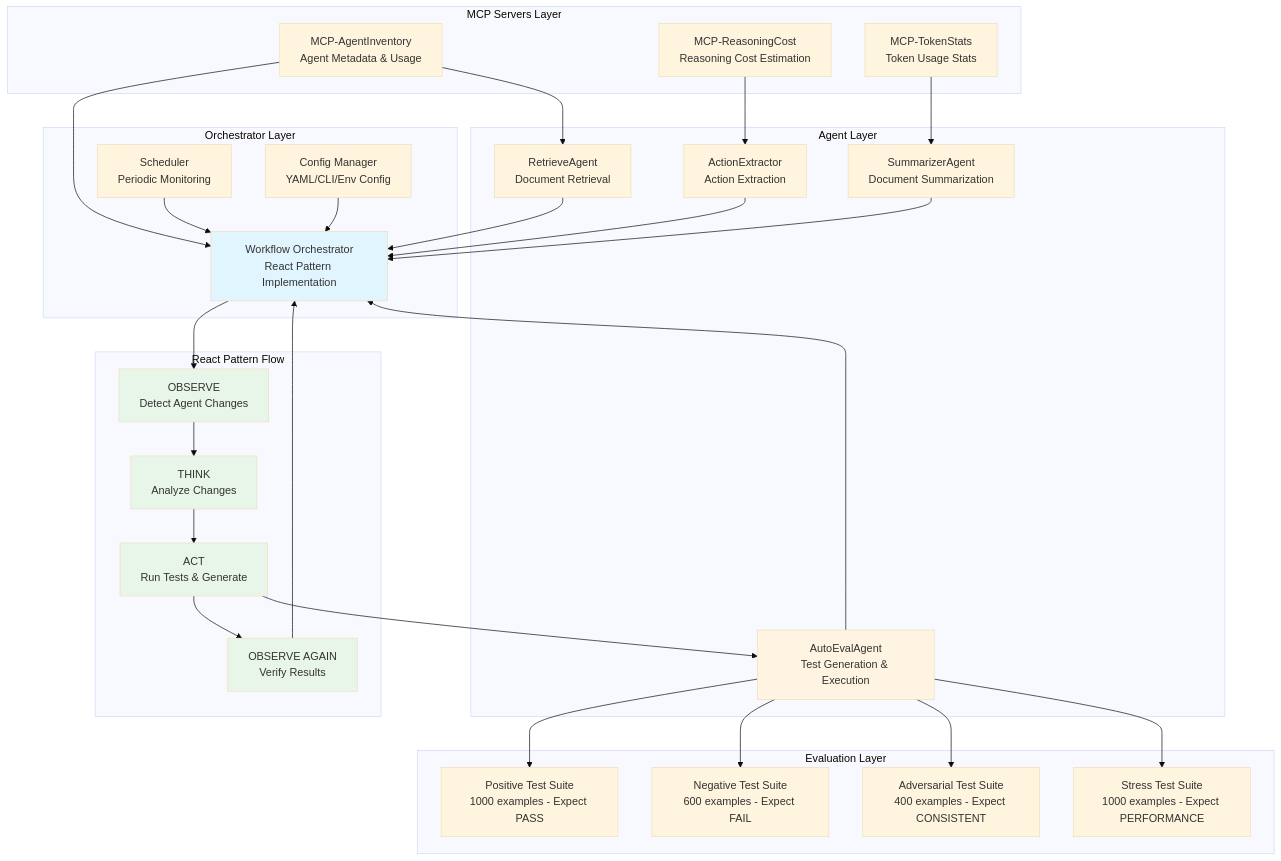
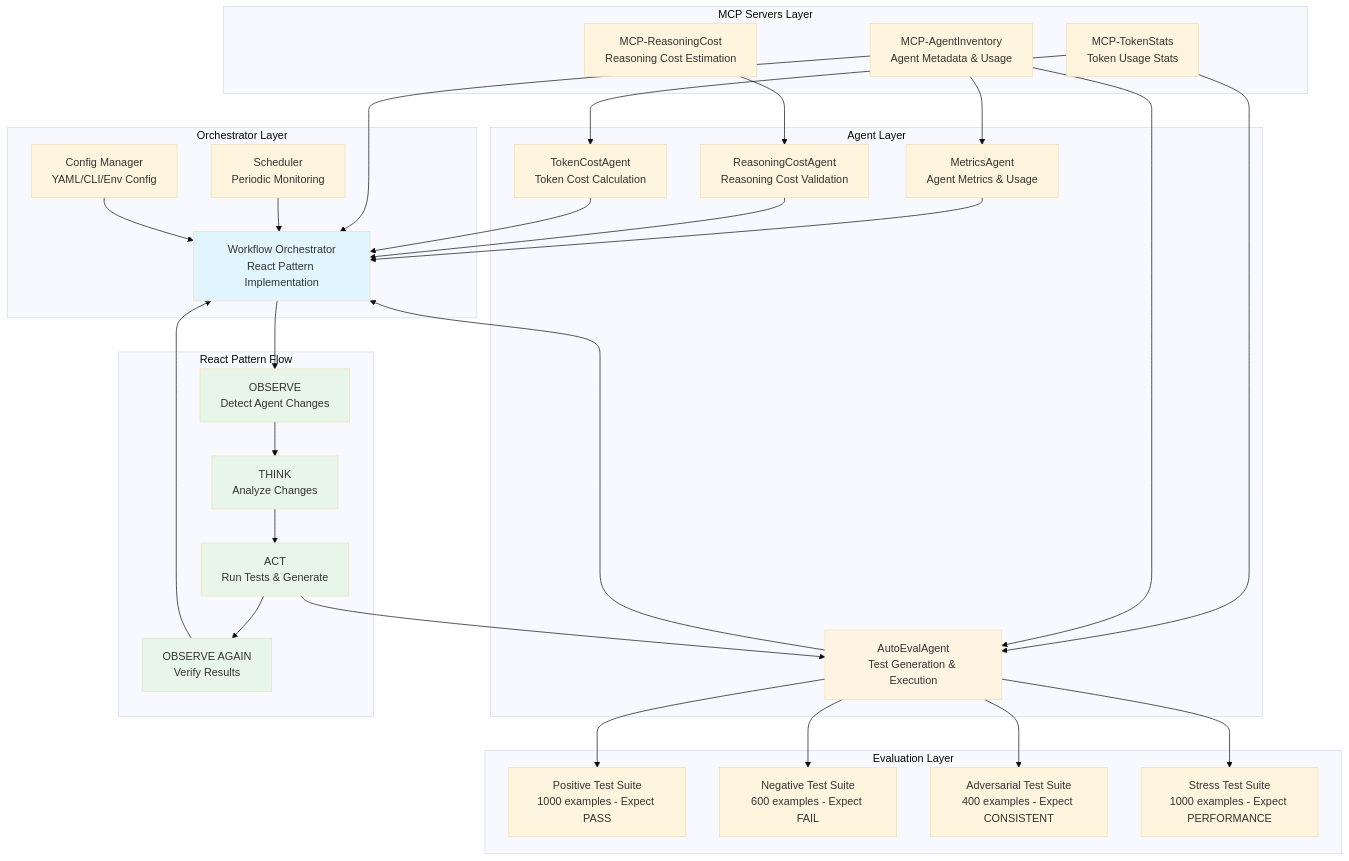
Before and after one commit to nareshsaladi2024/CortexMetaAgent: the first of 4 diagrams in CAPSTONE_PROJECT.md, drawn with Mermaid (base theme). The commit also changed other lines of this file and 28 other files, not shown here.

````diff
--- a/CAPSTONE_PROJECT.md
+++ b/CAPSTONE_PROJECT.md
@@ -16,67 +16,69 @@
 ```mermaid
 graph TB
     subgraph "MCP Servers Layer"
         A1[MCP-TokenStats<br/>Token Usage Stats]
         A2[MCP-ReasoningCost<br/>Reasoning Cost Estimation]
         A3[MCP-AgentInventory<br/>Agent Metadata & Usage]
     end
     
     subgraph "Agent Layer"
-        B1[RetrieveAgent<br/>Document Retrieval]
-        B2[ActionExtractor<br/>Action Extraction]
-        B3[SummarizerAgent<br/>Document Summarization]
+        B1[MetricsAgent<br/>Agent Metrics & Usage]
+        B2[ReasoningCostAgent<br/>Reasoning Cost Validation]
+        B3[TokenCostAgent<br/>Token Cost Calculation]
         B4[AutoEvalAgent<br/>Test Generation & Execution]
     end
     
     subgraph "Orchestrator Layer"
         C1[Workflow Orchestrator<br/>React Pattern Implementation]
         C2[Scheduler<br/>Periodic Monitoring]
         C3[Config Manager<br/>YAML/CLI/Env Config]
     end
     
     subgraph "Evaluation Layer"
         D1[Positive Test Suite<br/>1000 examples - Expect PASS]
         D2[Negative Test Suite<br/>600 examples - Expect FAIL]
         D3[Adversarial Test Suite<br/>400 examples - Expect CONSISTENT]
         D4[Stress Test Suite<br/>1000 examples - Expect PERFORMANCE]
     end
     
     subgraph "React Pattern Flow"
         E1[OBSERVE<br/>Detect Agent Changes]
         E2[THINK<br/>Analyze Changes]
         E3[ACT<br/>Run Tests & Generate]
         E4[OBSERVE AGAIN<br/>Verify Results]
     end
     
     A1 --> B3
+    A1 --> B4
     A2 --> B2
     A3 --> B1
+    A3 --> B4
     A3 --> C1
     
     B1 --> C1
     B2 --> C1
     B3 --> C1
     B4 --> C1
     
     C2 --> C1
     C3 --> C1
     
     C1 --> E1
     E1 --> E2
     E2 --> E3
     E3 --> E4
     E4 --> C1
     
     E3 --> B4
     B4 --> D1
     B4 --> D2
     B4 --> D3
     B4 --> D4
     
     style C1 fill:#e1f5ff
     style B4 fill:#fff4e1
     style E1 fill:#e8f5e9
     style E2 fill:#e8f5e9
     style E3 fill:#e8f5e9
     style E4 fill:#e8f5e9
 ```
````
